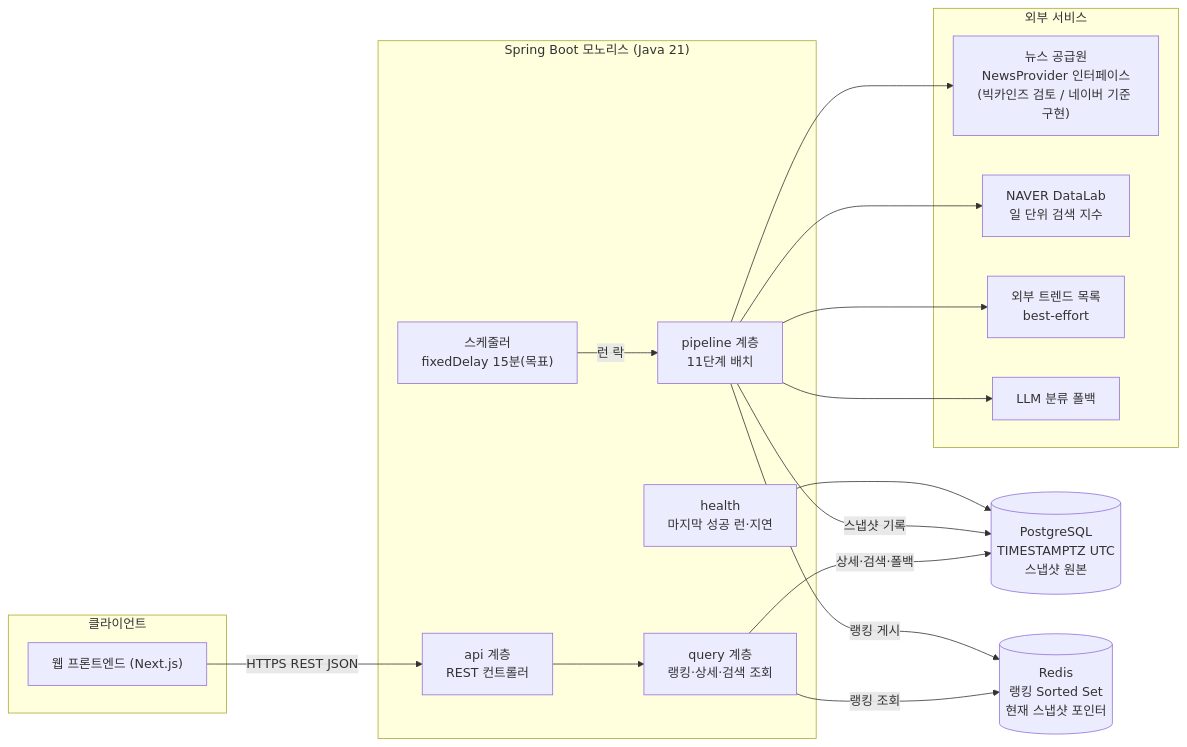
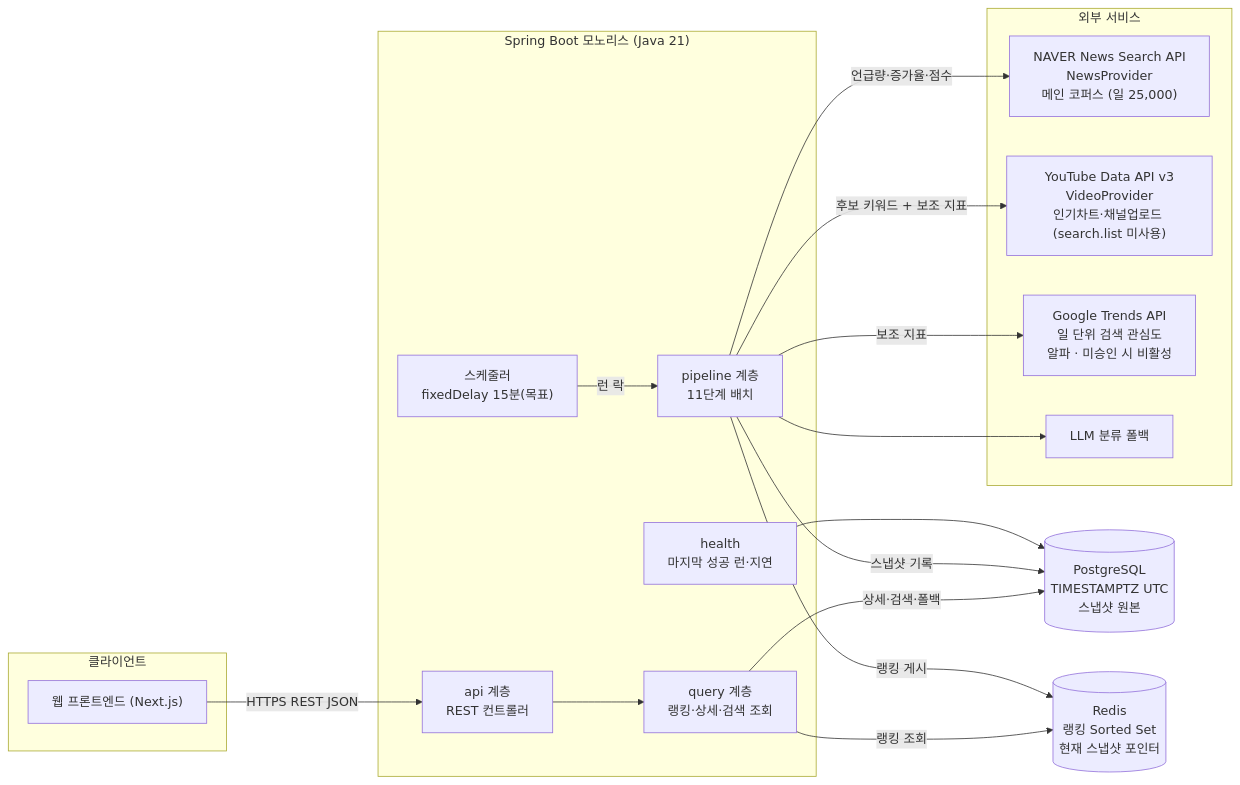
Before and after one commit to zxc8661/korea_pulse_back: the first of 2 diagrams in doc/02-시스템-설계서.md, drawn with Mermaid. The commit also changed other lines of this file and 6 other files, not shown here.

First line of the commit message:
docs: 데이터 소스를 네이버 뉴스 + YouTube + Google Trends로 교체

````diff
--- a/doc/02-시스템-설계서.md
+++ b/doc/02-시스템-설계서.md
@@ -32,37 +32,37 @@
 ```mermaid
 flowchart LR
     subgraph CLIENT["클라이언트"]
         WEB["웹 프론트엔드 (Next.js)"]
     end
 
     subgraph BACKEND["Spring Boot 모노리스 (Java 21)"]
         API["api 계층<br/>REST 컨트롤러"]
         QUERY["query 계층<br/>랭킹·상세·검색 조회"]
         SCHED["스케줄러<br/>fixedDelay 15분(목표)"]
         PIPE["pipeline 계층<br/>11단계 배치"]
         HEALTH["health<br/>마지막 성공 런·지연"]
     end
 
     subgraph EXTERNAL["외부 서비스"]
-        NEWS["뉴스 공급원<br/>NewsProvider 인터페이스<br/>(빅카인즈 검토 / 네이버 기준 구현)"]
-        DATALAB["NAVER DataLab<br/>일 단위 검색 지수"]
-        TRENDS["외부 트렌드 목록<br/>best-effort"]
+        NEWS["NAVER News Search API<br/>NewsProvider<br/>메인 코퍼스 (일 25,000)"]
+        YT["YouTube Data API v3<br/>VideoProvider<br/>인기차트·채널업로드 (search.list 미사용)"]
+        TRENDS["Google Trends API<br/>일 단위 검색 관심도<br/>알파 · 미승인 시 비활성"]
         LLM["LLM 분류 폴백"]
     end
 
     DB[("PostgreSQL<br/>TIMESTAMPTZ UTC<br/>스냅샷 원본")]
     REDIS[("Redis<br/>랭킹 Sorted Set<br/>현재 스냅샷 포인터")]
 
     WEB -->|HTTPS REST JSON| API
     API --> QUERY
     QUERY -->|랭킹 조회| REDIS
     QUERY -->|상세·검색·폴백| DB
     SCHED -->|런 락| PIPE
-    PIPE --> NEWS
-    PIPE --> DATALAB
-    PIPE --> TRENDS
+    PIPE -->|언급량·증가율·점수| NEWS
+    PIPE -->|후보 키워드 + 보조 지표| YT
+    PIPE -->|보조 지표| TRENDS
     PIPE --> LLM
     PIPE -->|스냅샷 기록| DB
     PIPE -->|랭킹 게시| REDIS
     HEALTH --> DB
 ```
````
